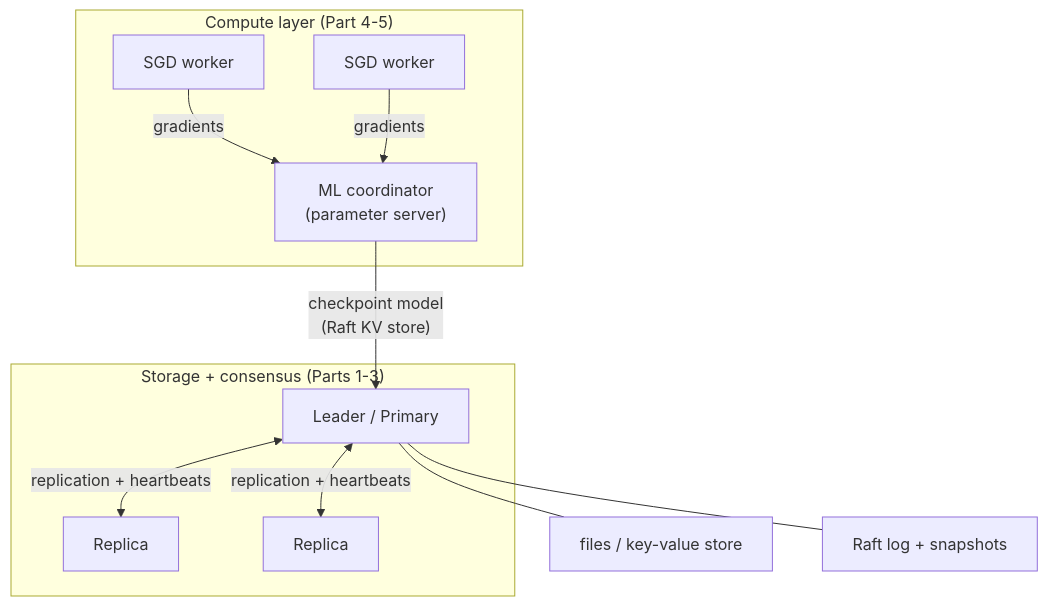
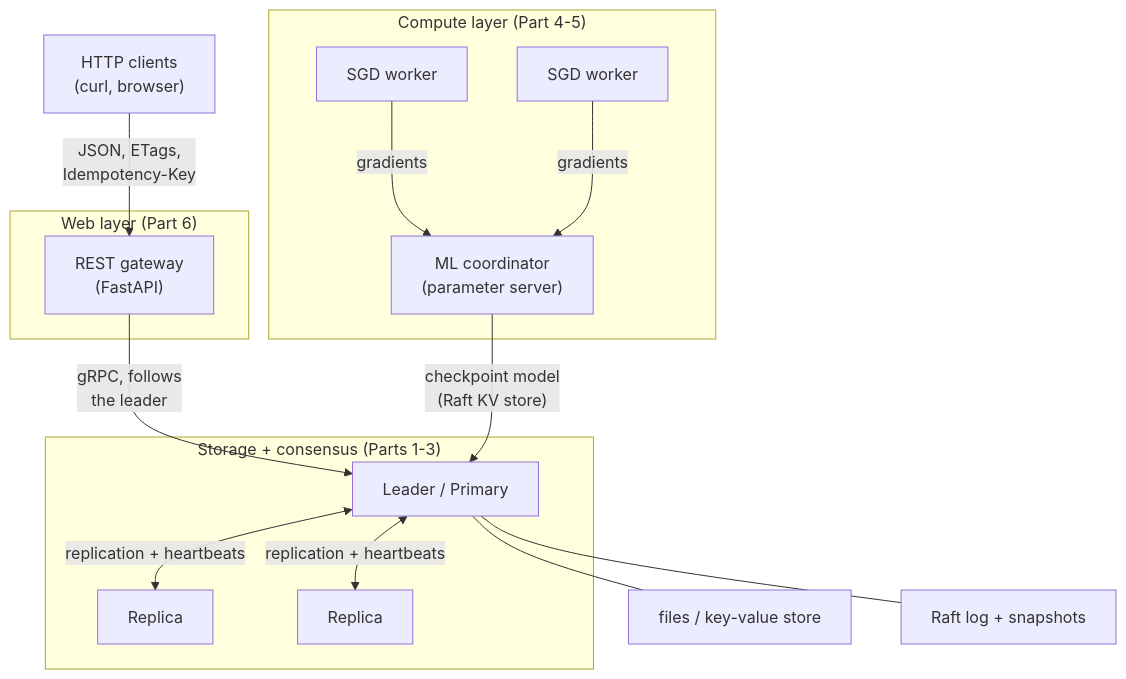
The diagram in README.md (JohnTwiprahamDebbarma/distributed-storage-compute), drawn with Mermaid before and after one commit. The commit also changed other lines of this file and 19 other files, not shown here.

First line of the commit message:
Add a REST API gateway (FastAPI) in front of the Raft KV store

````diff
--- a/README.md
+++ b/README.md
@@ -67,22 +75,28 @@
 ```mermaid
 graph TB
     subgraph Compute["Compute layer (Part 4-5)"]
         CO["ML coordinator<br/>(parameter server)"]
         W1["SGD worker"]
         W2["SGD worker"]
         W1 -->|"gradients"| CO
         W2 -->|"gradients"| CO
     end
 
     subgraph Storage["Storage + consensus (Parts 1-3)"]
         P["Leader / Primary"]
         B1["Replica"]
         B2["Replica"]
         P <-->|"replication + heartbeats"| B1
         P <-->|"replication + heartbeats"| B2
     end
 
+    subgraph Web["Web layer (Part 6)"]
+        GW["REST gateway<br/>(FastAPI)"]
+    end
+
+    U["HTTP clients<br/>(curl, browser)"] -->|"JSON, ETags,<br/>Idempotency-Key"| GW
+    GW -->|"gRPC, follows<br/>the leader"| P
     CO -->|"checkpoint model<br/>(Raft KV store)"| P
     P --- D1["files / key-value store"]
     P --- D2["Raft log + snapshots"]
 ```
````
